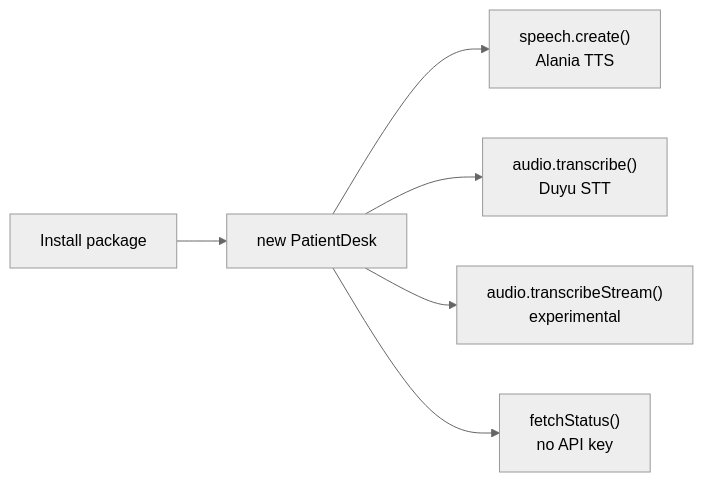
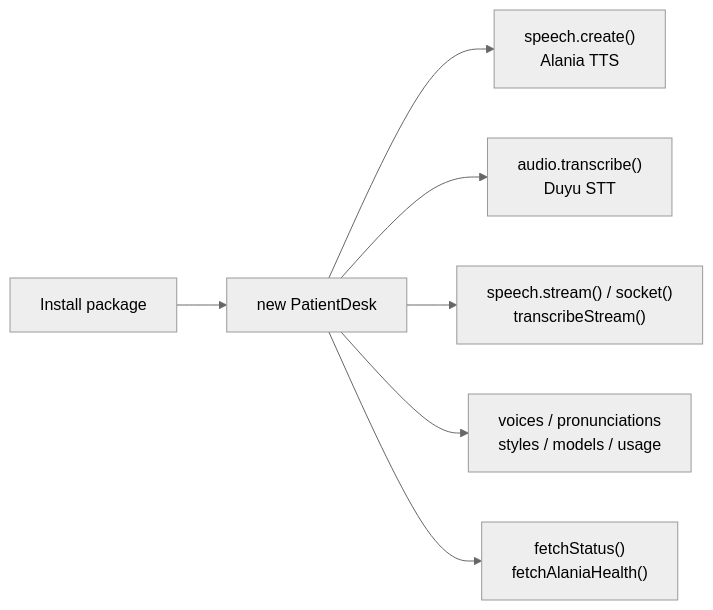
Before and after one commit to GroophyLifefor/patientdesk-sdk: the diagram in docs/md/getting-started.md, drawn with Mermaid (neutral theme). The commit also changed other lines of this file and 56 other files, not shown here.

Commit message:
Release 0.2.0: Alania-2, streaming, account endpoints, docwatch

````diff
--- a/docs/md/getting-started.md
+++ b/docs/md/getting-started.md
@@ -13,8 +15,9 @@
 ```mermaid
 flowchart LR
   install[Install package] --> client[new PatientDesk]
   client --> tts["speech.create()<br/>Alania TTS"]
   client --> stt["audio.transcribe()<br/>Duyu STT"]
-  client --> stream["audio.transcribeStream()<br/>experimental"]
-  client --> status["fetchStatus()<br/>no API key"]
+  client --> stream["speech.stream() / socket()<br/>transcribeStream()"]
+  client --> account["voices / pronunciations<br/>styles / models / usage"]
+  client --> status["fetchStatus()<br/>fetchAlaniaHealth()"]
 ```
````
